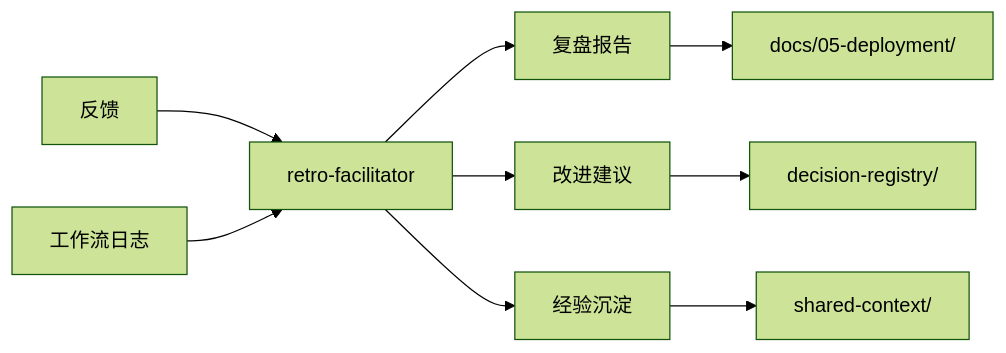
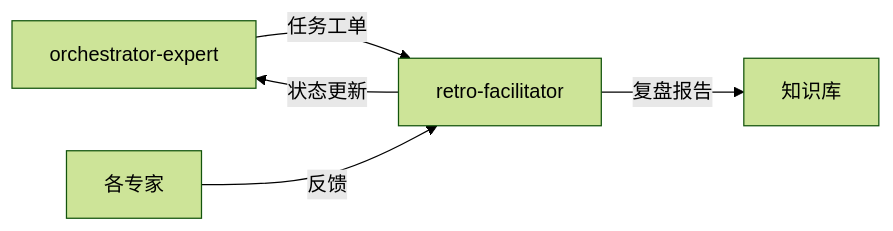
Before and after one commit to Tooooommy/Trae-Workflow: the diagram in skills/retro-facilitator/SKILL.md, drawn with Mermaid (forest theme). The commit also changed other lines of this file, not shown here.

First line of the commit message:
refactor: optimize retro-facilitator for orchestrator-expert workflow

````diff
--- a/skills/retro-facilitator/SKILL.md
+++ b/skills/retro-facilitator/SKILL.md
@@ -74,11 +74,7 @@
 ```mermaid
 flowchart LR
-    A[反馈] --> B[retro-facilitator]
-    C[工作流日志] --> B
-    B --> D[复盘报告]
-    B --> E[改进建议]
-    B --> F[经验沉淀]
-    D --> G[docs/05-deployment/]
-    E --> H[decision-registry/]
-    F --> I[shared-context/]
+    A[orchestrator-expert] -->|任务工单| B[retro-facilitator]
+    C[各专家] -->|反馈| B
+    B -->|复盘报告| D[知识库]
+    B -->|状态更新| A
 ```
````
